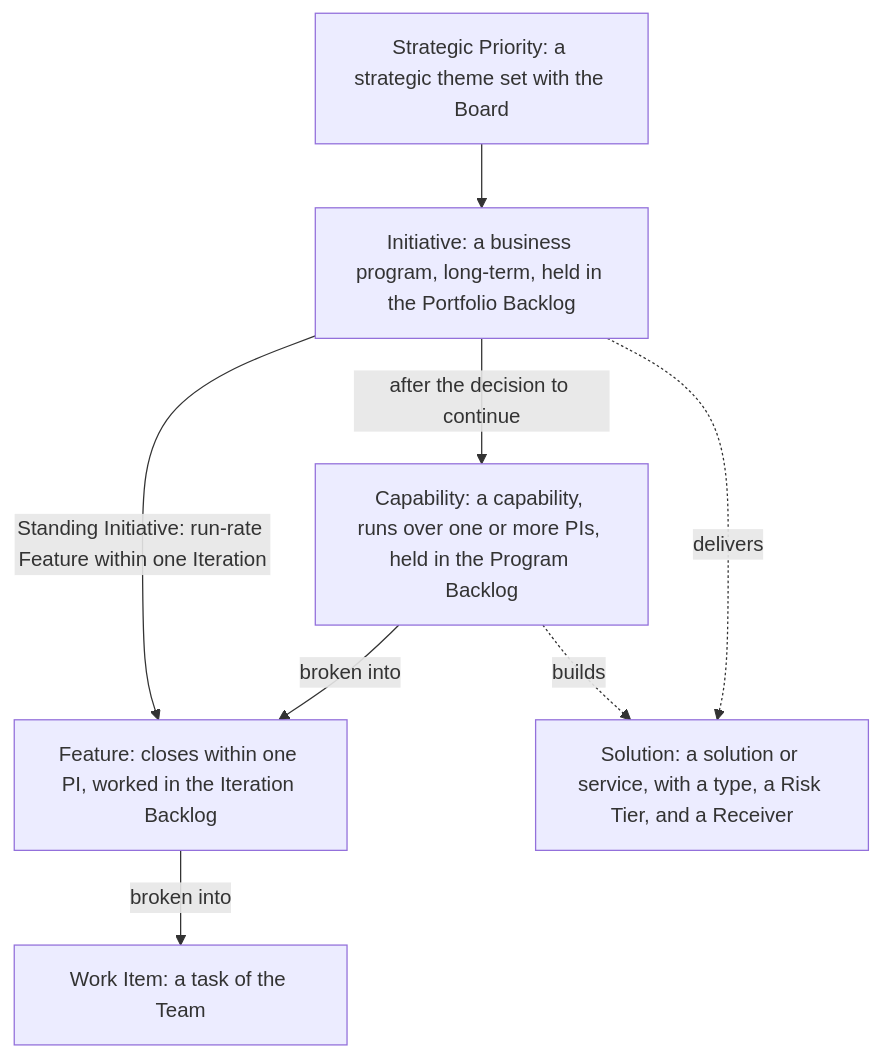
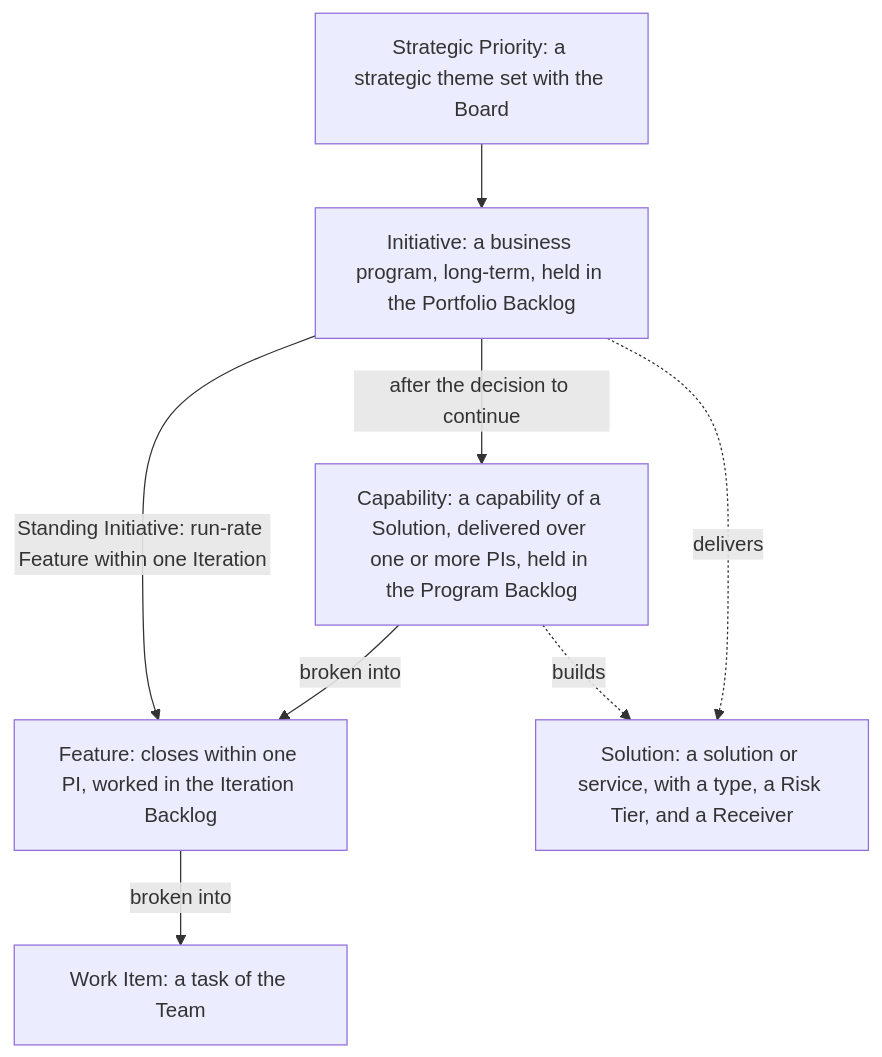
One commit to devhogu/ob-aicc changed the first of 10 diagrams in charter/en/workflows/service-delivery.md. Above: the diagram before and after it, drawn with Mermaid. The commit also changed 150 other files, not shown here.

````diff
--- a/charter/en/workflows/service-delivery.md
+++ b/charter/en/workflows/service-delivery.md
@@ -17,10 +17,10 @@
 ```mermaid
 flowchart TB
   T["Strategic Priority: a strategic theme set with the Board"] --> I["Initiative: a business program, long-term, held in the Portfolio Backlog"]
-  I -->|after the decision to continue| E["Capability: a capability, runs over one or more PIs, held in the Program Backlog"]
+  I -->|after the decision to continue| E["Capability: a capability of a Solution, delivered over one or more PIs, held in the Program Backlog"]
   E -->|broken into| F["Feature: closes within one PI, worked in the Iteration Backlog"]
   I -->|Standing Initiative: run-rate Feature within one Iteration| F
   F -->|broken into| W["Work Item: a task of the Team"]
   I -.->|delivers| S["Solution: a solution or service, with a type, a Risk Tier, and a Receiver"]
   E -.->|builds| S
 ```
````
